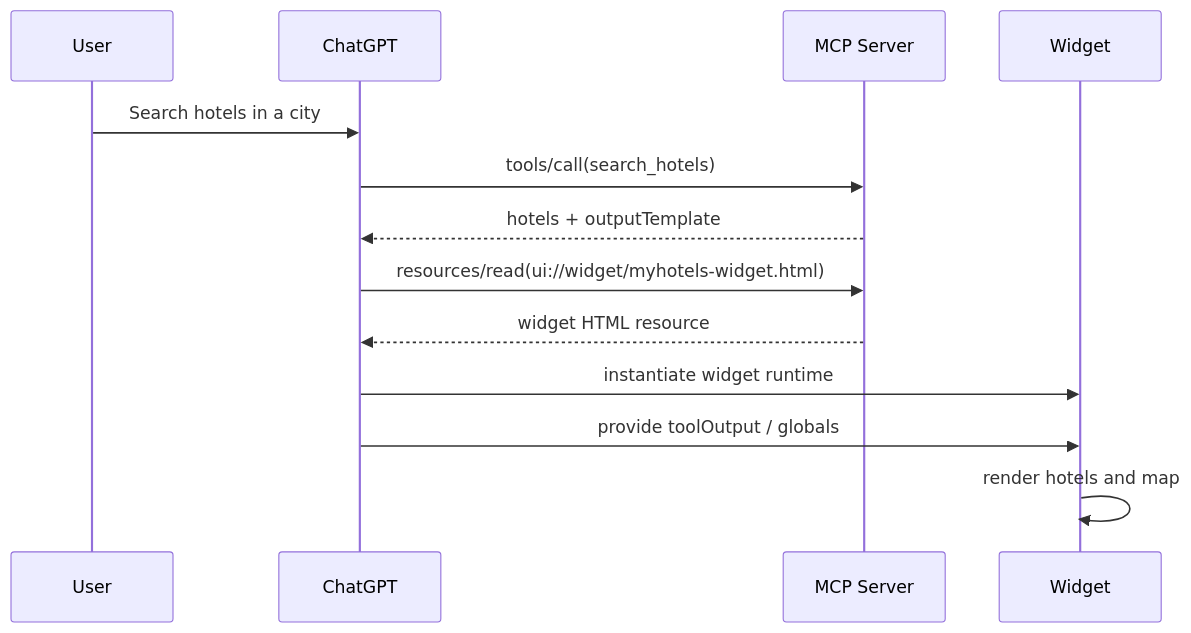
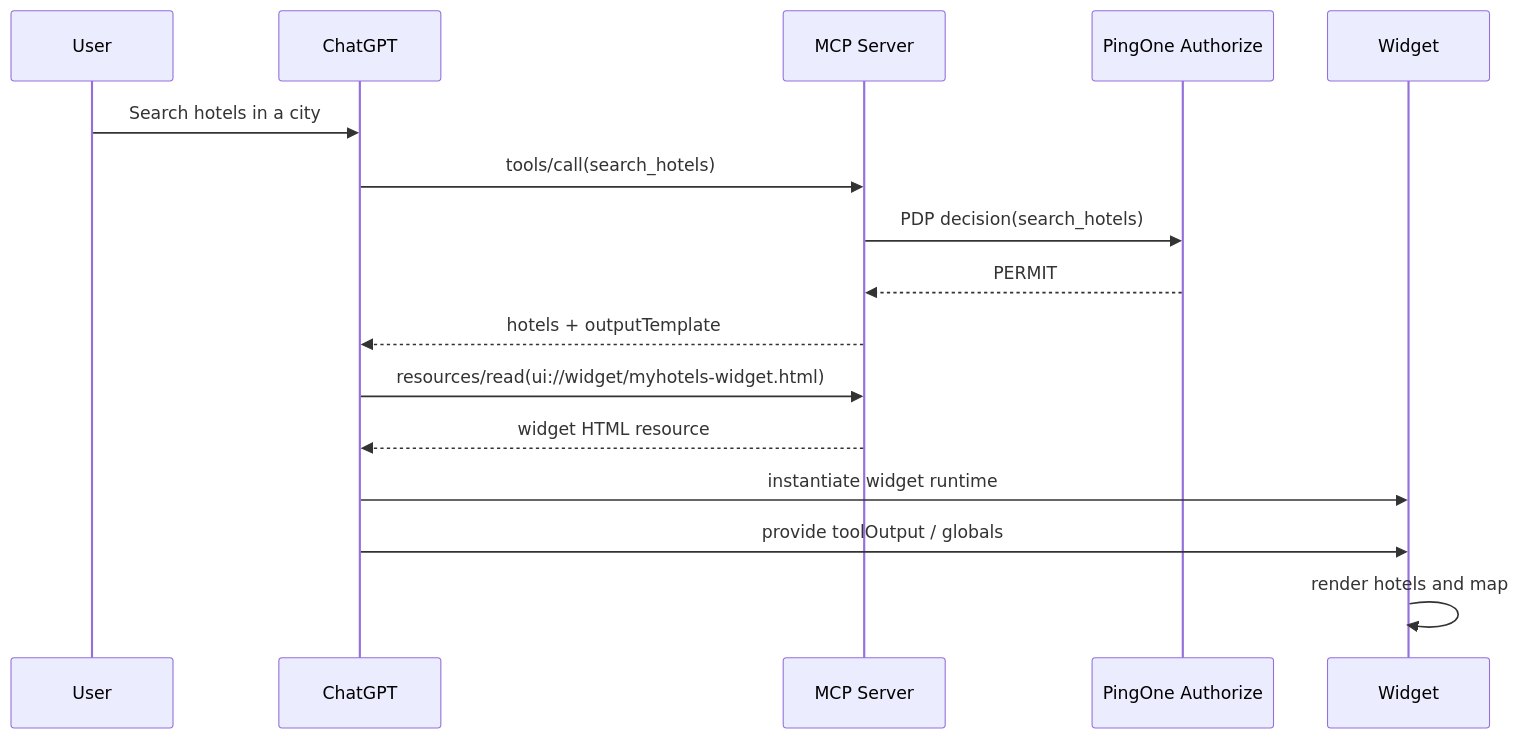
One commit to carbonefederico/ai-myhotels-chatgpt-app changed the second of 4 diagrams in README.md. Above: the diagram before and after it, drawn with Mermaid. The commit also changed other lines of this file and 15 other files, not shown here.

Commit message:
Add PingOne Authorize PDP flow

````diff
--- a/README.md
+++ b/README.md
@@ -250,16 +317,19 @@
 ```mermaid
 sequenceDiagram
     participant U as User
     participant CG as ChatGPT
     participant MCP as MCP Server
+    participant P1 as PingOne Authorize
     participant W as Widget
 
     U->>CG: Search hotels in a city
     CG->>MCP: tools/call(search_hotels)
+    MCP->>P1: PDP decision(search_hotels)
+    P1-->>MCP: PERMIT
     MCP-->>CG: hotels + outputTemplate
     CG->>MCP: resources/read(ui://widget/myhotels-widget.html)
     MCP-->>CG: widget HTML resource
     CG->>W: instantiate widget runtime
     CG->>W: provide toolOutput / globals
     W->>W: render hotels and map
 ```
````
